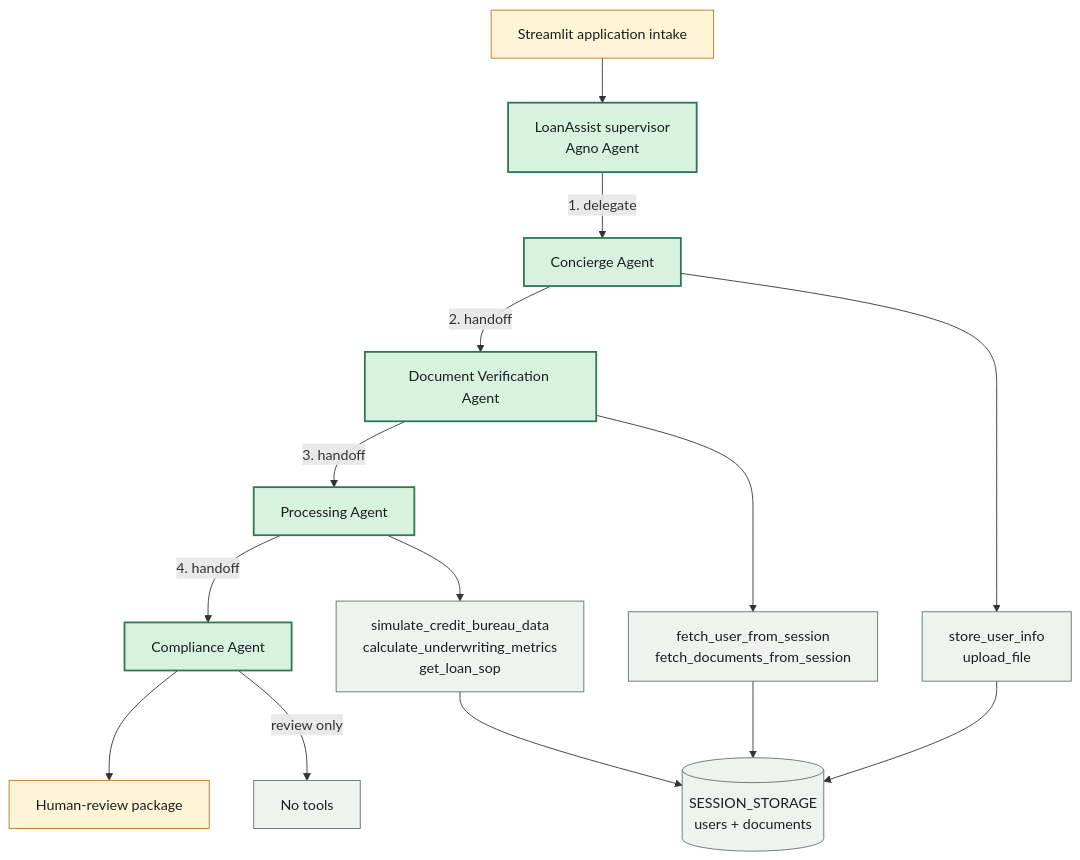
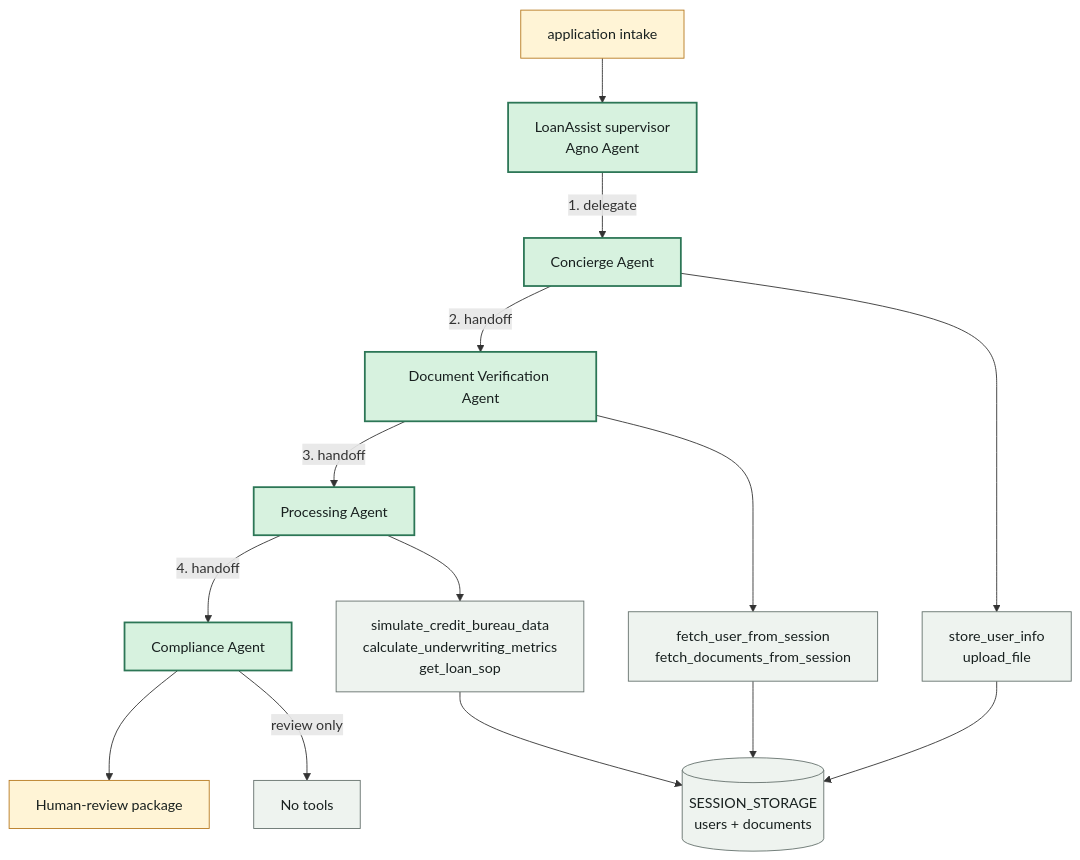
One commit to ajeetkumarAI/Multi-Agent-Loan-Processing-System changed the second of 9 diagrams in README.md. Above: the diagram before and after it, drawn with Mermaid. The commit also changed other lines of this file and 4 other files, not shown here.

````diff
--- a/README.md
+++ b/README.md
@@ -46,26 +46,26 @@
 ```mermaid
 flowchart TD
-    UI[Streamlit application intake] --> SUP[LoanAssist supervisor<br/>Agno Agent]
+    UI[application intake] --> SUP[LoanAssist supervisor<br/>Agno Agent]
 
     SUP -->|1. delegate| CON[Concierge Agent]
     CON -->|2. handoff| DOC[Document Verification Agent]
     DOC -->|3. handoff| PROC[Processing Agent]
     PROC -->|4. handoff| COMP[Compliance Agent]
     COMP --> REVIEW[Human-review package]
 
     CON --> CONTOOLS[store_user_info<br/>upload_file]
     DOC --> DOCTOOLS[fetch_user_from_session<br/>fetch_documents_from_session]
     PROC --> PROCTOOLS[simulate_credit_bureau_data<br/>calculate_underwriting_metrics<br/>get_loan_sop]
     COMP -->|review only| NONE[No tools]
 
     CONTOOLS --> STORE[(SESSION_STORAGE<br/>users + documents)]
     DOCTOOLS --> STORE
     PROCTOOLS --> STORE
 
     classDef agent fill:#d7f2df,stroke:#2c7656,color:#18201f,stroke-width:2px;
     classDef tool fill:#eef3ef,stroke:#65716d,color:#18201f;
     classDef output fill:#fff4d6,stroke:#b7791f,color:#18201f;
     class SUP,CON,DOC,PROC,COMP agent;
     class CONTOOLS,DOCTOOLS,PROCTOOLS,NONE,STORE tool;
     class UI,REVIEW output;
 ```
````
